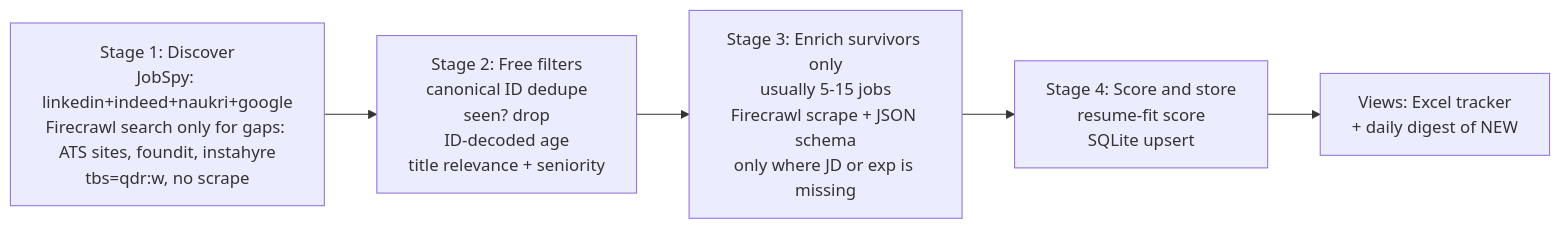
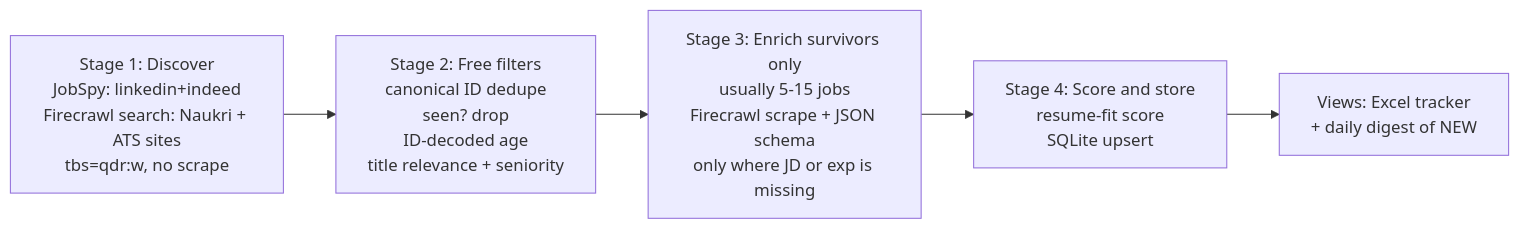
One commit to harsha71018/Project-Heimdall changed the second of 2 diagrams in pipeline_audit.md. Above: the diagram before and after it, drawn with Mermaid. The commit also changed other lines of this file, not shown here.

````diff
--- a/pipeline_audit.md
+++ b/pipeline_audit.md
@@ -175,7 +184,7 @@
 ```mermaid
 flowchart LR
-    A["Stage 1: Discover\nJobSpy: linkedin+indeed+naukri+google\nFirecrawl search only for gaps: ATS sites, foundit, instahyre\ntbs=qdr:w, no scrape"] --> B["Stage 2: Free filters\ncanonical ID dedupe\nseen? drop\nID-decoded age\ntitle relevance + seniority"]
+    A["Stage 1: Discover\nJobSpy: linkedin+indeed\nFirecrawl search: Naukri + ATS sites\ntbs=qdr:w, no scrape"] --> B["Stage 2: Free filters\ncanonical ID dedupe\nseen? drop\nID-decoded age\ntitle relevance + seniority"]
     B --> C["Stage 3: Enrich survivors only\nusually 5-15 jobs\nFirecrawl scrape + JSON schema\nonly where JD or exp is missing"]
     C --> D["Stage 4: Score and store\nresume-fit score\nSQLite upsert"]
     D --> E["Views: Excel tracker\n+ daily digest of NEW"]
 ```
````
